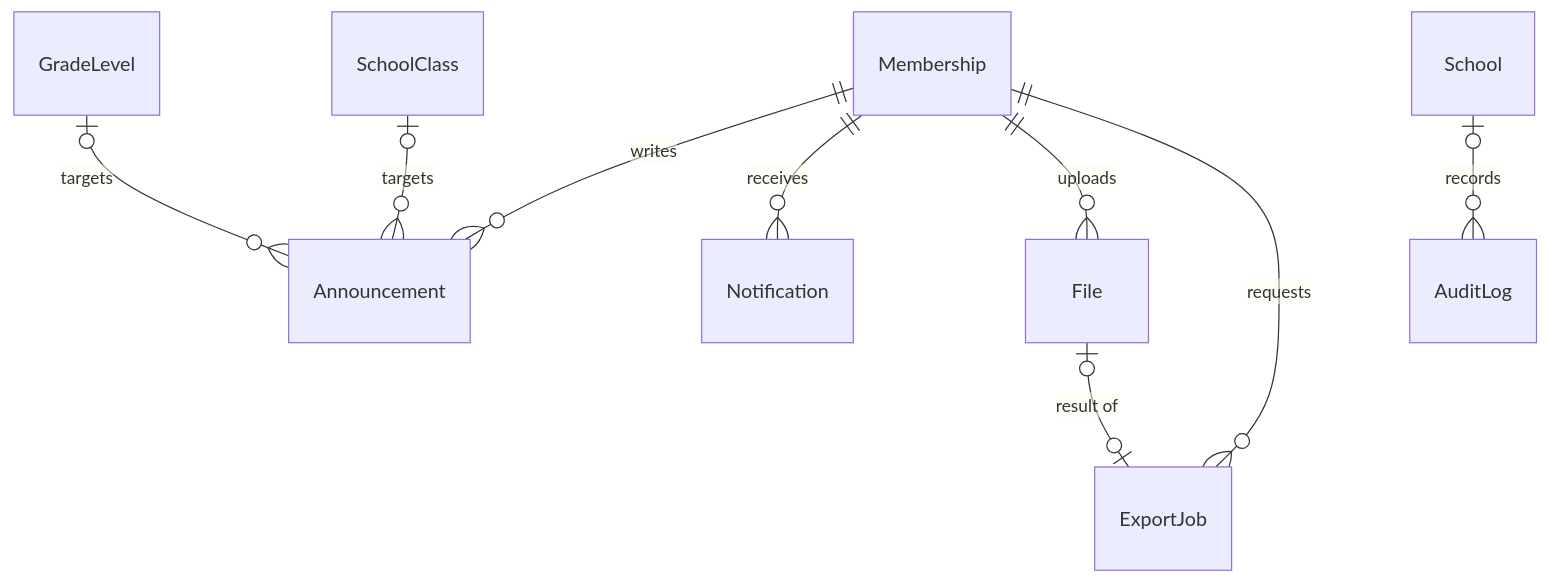
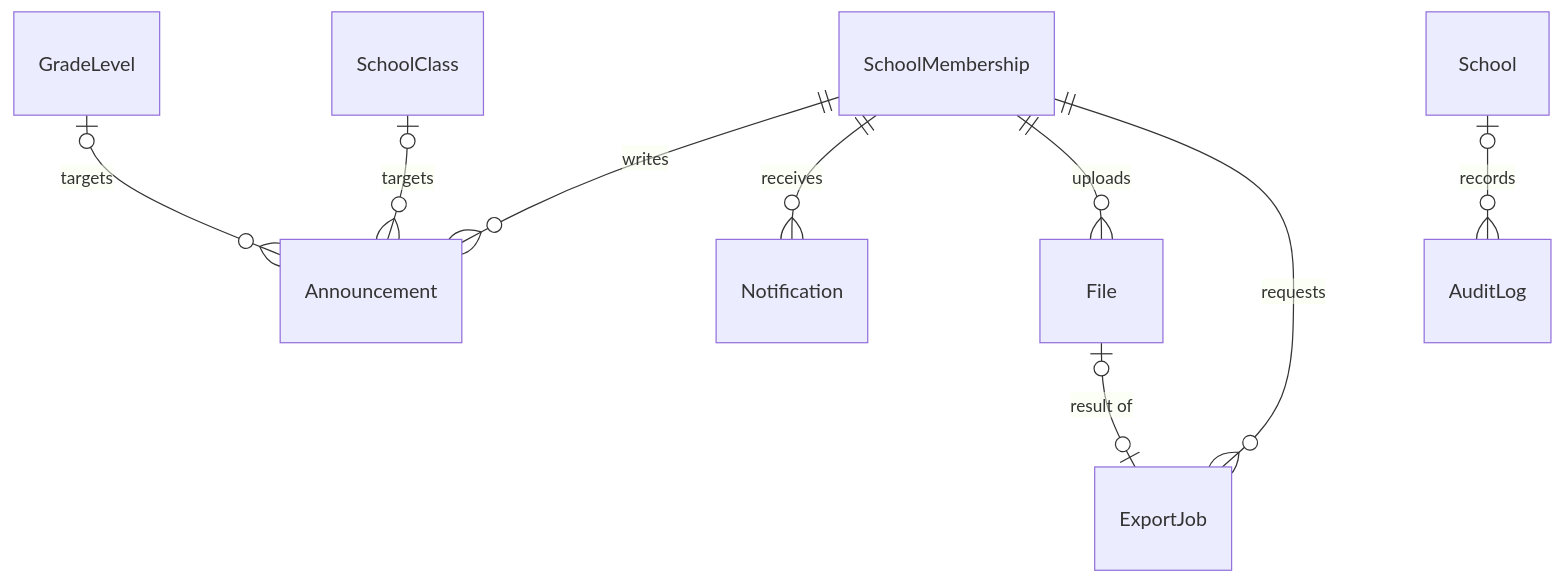
Before and after one commit to Hamzah-Owaidat/school-management-system: the fifth of 5 diagrams in docs/database-design.md, drawn with Mermaid. The commit also changed other lines of this file and 17 other files, not shown here.

````diff
--- a/docs/database-design.md
+++ b/docs/database-design.md
@@ -181,11 +189,11 @@
 ```mermaid
 erDiagram
-  Membership ||--o{ Announcement : writes
+  SchoolMembership ||--o{ Announcement : writes
   GradeLevel |o--o{ Announcement : targets
   SchoolClass |o--o{ Announcement : targets
-  Membership ||--o{ Notification : receives
-  Membership ||--o{ File : uploads
-  Membership ||--o{ ExportJob : requests
+  SchoolMembership ||--o{ Notification : receives
+  SchoolMembership ||--o{ File : uploads
+  SchoolMembership ||--o{ ExportJob : requests
   File |o--o| ExportJob : "result of"
   School |o--o{ AuditLog : records
 ```
````
